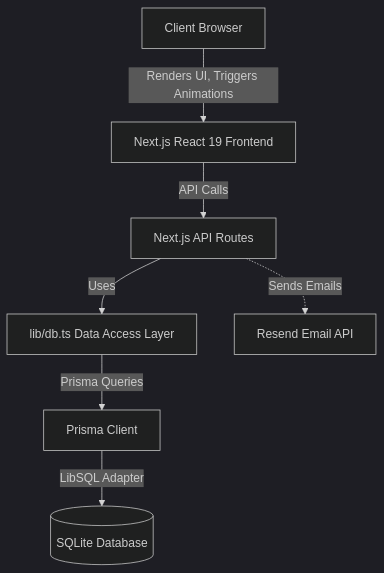
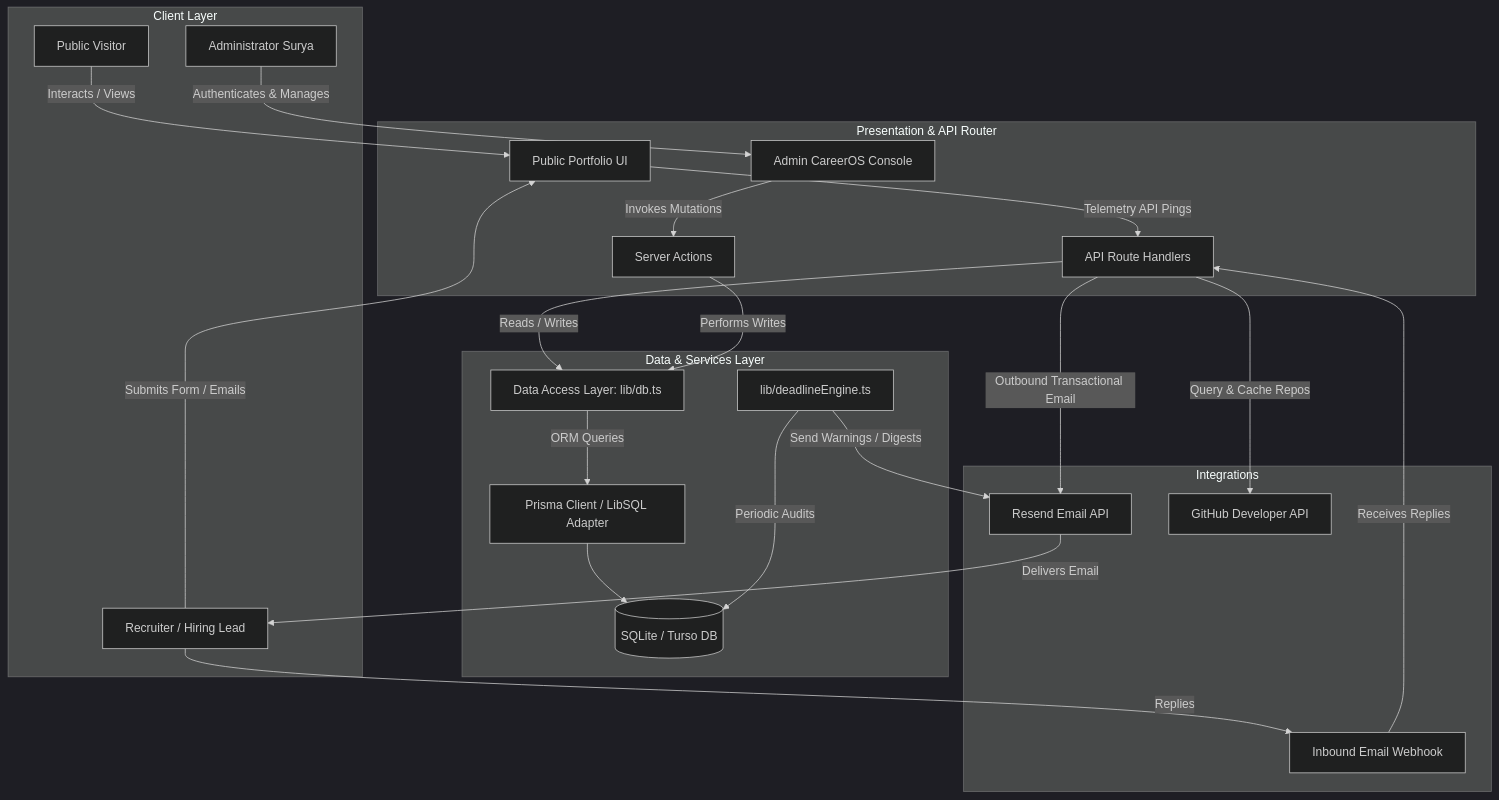
Before and after one commit to sgk18/SGK18_Portfolio: the first of 5 diagrams in README.md, drawn with Mermaid (dark theme). The commit also changed other lines of this file and 1 other file, not shown here.

Commit message:
feat: initialize admin dashboard route and rebrand project documentation to CareerOS

````diff
--- a/README.md
+++ b/README.md
@@ -33,9 +34,50 @@
 ```mermaid
 flowchart TD
-    Client[Client Browser] --> |Renders UI, Triggers Animations| NextApp[Next.js React 19 Frontend]
-    NextApp --> |API Calls| APIRoutes[Next.js API Routes]
-    APIRoutes --> |Uses| DBService[lib/db.ts Data Access Layer]
-    DBService --> |Prisma Queries| Prisma[Prisma Client]
-    Prisma --> |LibSQL Adapter| SQLite[(SQLite Database)]
-    APIRoutes -.-> |Sends Emails| Resend[Resend Email API]
+    subgraph Client Layer
+        Visitor[Public Visitor]
+        Recruiter[Recruiter / Hiring Lead]
+        Admin[Administrator Surya]
+    end
+
+    subgraph Presentation & API Router
+        PortClient[Public Portfolio UI]
+        AdminPanel[Admin CareerOS Console]
+        APIRoute[API Route Handlers]
+        SrvAction[Server Actions]
+    end
+
+    subgraph Data & Services Layer
+        DBService[Data Access Layer: lib/db.ts]
+        Prisma[Prisma Client / LibSQL Adapter]
+        SQLite[(SQLite / Turso DB)]
+        Deadline[lib/deadlineEngine.ts]
+    end
+
+    subgraph Integrations
+        Resend[Resend Email API]
+        InboundWebhook[Inbound Email Webhook]
+        GitHubAPI[GitHub Developer API]
+    end
+
+    Visitor -->|Interacts / Views| PortClient
+    Recruiter -->|Submits Form / Emails| PortClient
+    Admin -->|Authenticates & Manages| AdminPanel
+    
+    PortClient -->|Telemetry API Pings| APIRoute
+    AdminPanel -->|Invokes Mutations| SrvAction
+    InboundWebhook -->|Receives Replies| APIRoute
+
+    APIRoute -->|Reads / Writes| DBService
+    SrvAction -->|Performs Writes| DBService
+    DBService -->|ORM Queries| Prisma
+    Prisma --> SQLite
+    
+    APIRoute -->|Outbound Transactional Email| Resend
+    Resend -->|Delivers Email| Recruiter
+    Recruiter -->|Replies| InboundWebhook
+
+    Deadline -->|Periodic Audits| SQLite
+    Deadline -->|Send Warnings / Digests| Resend
+    
+    APIRoute -->|Query & Cache Repos| GitHubAPI
 ```
````
